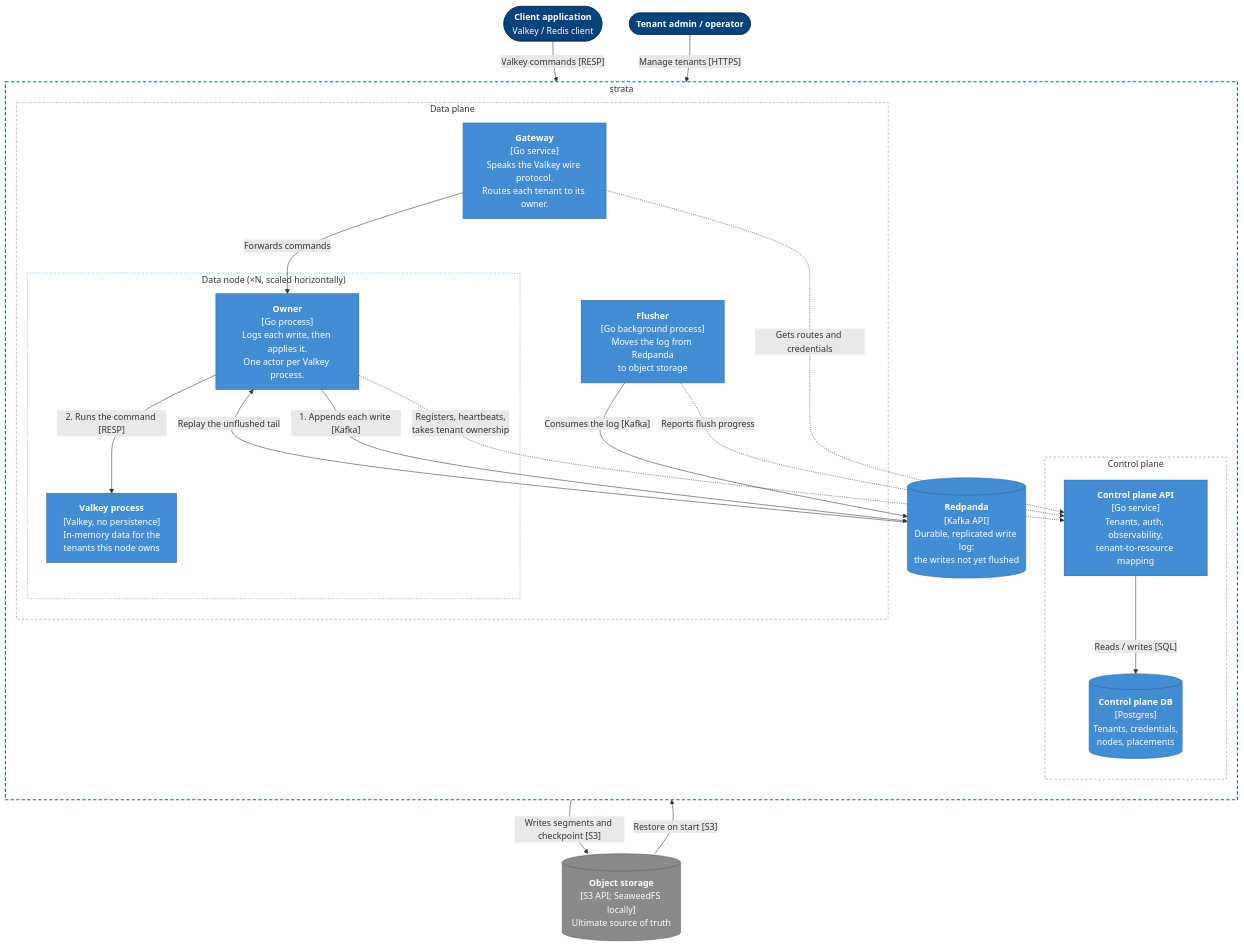
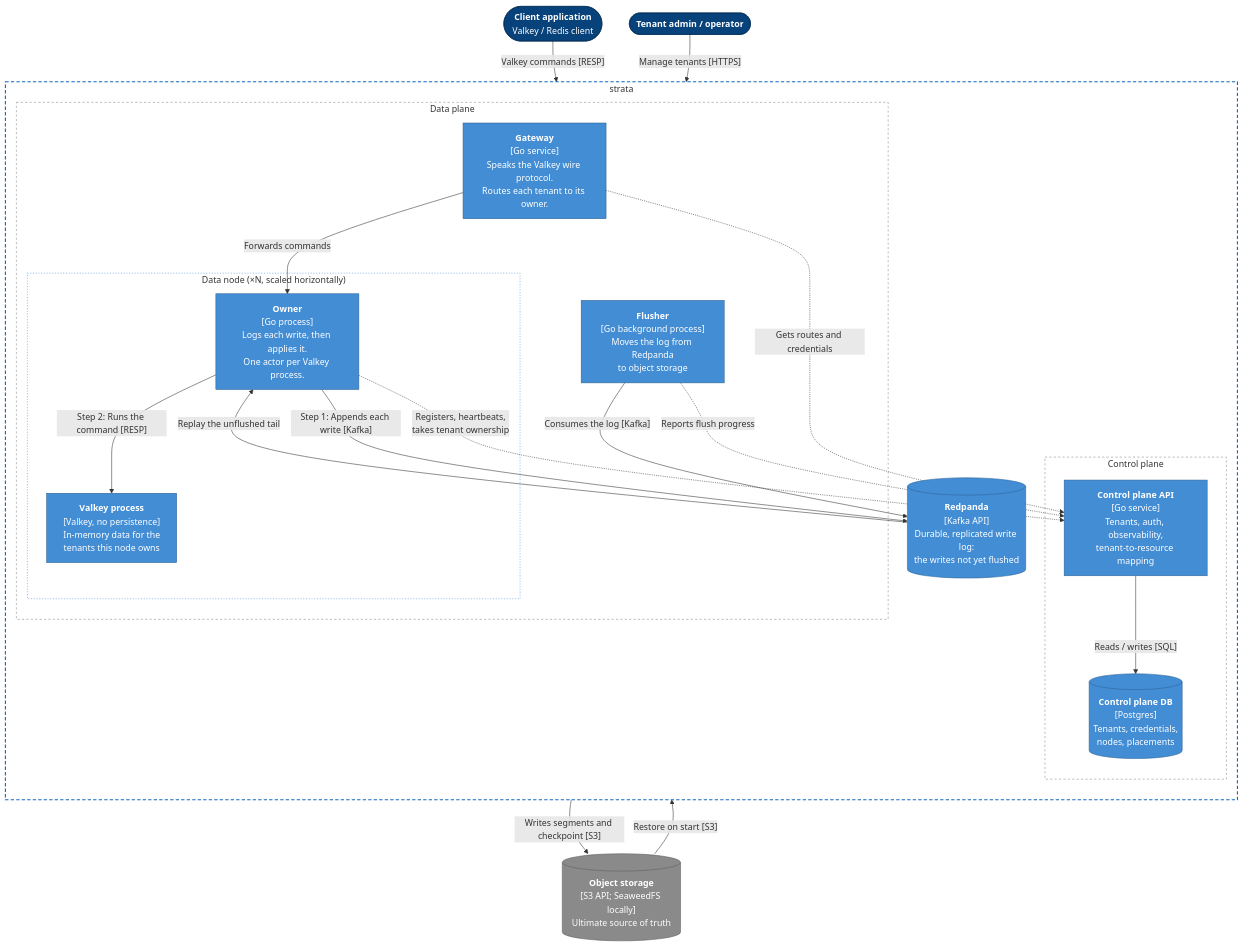
Before and after one commit to nickstrad/strata: the diagram in docs/diagrams/02-containers.md, drawn with Mermaid. The commit also changed 2 other files, not shown here.

Commit message:
Fix diagram edge labels that Mermaid read as lists
Labels starting with '1. ' / '2. ' rendered as 'Unsupported markdown: list'.
Reworded to 'Step 1: ' / 'Step 2: '.

````diff
--- a/docs/diagrams/02-containers.md
+++ b/docs/diagrams/02-containers.md
@@ -6,58 +6,58 @@
 ```mermaid
 flowchart TB
     client(["<b>Client application</b><br/>Valkey / Redis client"])
     admin(["<b>Tenant admin / operator</b>"])
 
     subgraph strata["strata"]
         direction TB
 
         subgraph cp["Control plane"]
             cpapi["<b>Control plane API</b><br/>[Go service]<br/>Tenants, auth, observability,<br/>tenant-to-resource mapping"]
             pg[("<b>Control plane DB</b><br/>[Postgres]<br/>Tenants, credentials,<br/>nodes, placements")]
         end
 
         subgraph dp["Data plane"]
             gw["<b>Gateway</b><br/>[Go service]<br/>Speaks the Valkey wire protocol.<br/>Routes each tenant to its owner."]
 
             subgraph node["Data node (×N, scaled horizontally)"]
                 owner["<b>Owner</b><br/>[Go process]<br/>Logs each write, then applies it.<br/>One actor per Valkey process."]
                 valkey["<b>Valkey process</b><br/>[Valkey, no persistence]<br/>In-memory data for the<br/>tenants this node owns"]
             end
 
             flusher["<b>Flusher</b><br/>[Go background process]<br/>Moves the log from Redpanda<br/>to object storage"]
         end
 
         rp[("<b>Redpanda</b><br/>[Kafka API]<br/>Durable, replicated write log:<br/>the writes not yet flushed")]
     end
 
     obj[("<b>Object storage</b><br/>[S3 API; SeaweedFS locally]<br/>Ultimate source of truth")]
 
     client -- "Valkey commands [RESP]" --> gw
     admin -- "Manage tenants [HTTPS]" --> cpapi
     cpapi -- "Reads / writes [SQL]" --> pg
 
     gw -- "Forwards commands" --> owner
-    owner -- "1. Appends each write [Kafka]" --> rp
-    owner -- "2. Runs the command [RESP]" --> valkey
+    owner -- "Step 1: Appends each write [Kafka]" --> rp
+    owner -- "Step 2: Runs the command [RESP]" --> valkey
     flusher -- "Consumes the log [Kafka]" --> rp
     flusher -- "Writes segments and checkpoint [S3]" --> obj
     obj -- "Restore on start [S3]" --> owner
     rp -- "Replay the unflushed tail" --> owner
 
     gw -. "Gets routes and credentials" .-> cpapi
     owner -. "Registers, heartbeats,<br/>takes tenant ownership" .-> cpapi
     flusher -. "Reports flush progress" .-> cpapi
 
     classDef person fill:#08427b,stroke:#052e56,color:#ffffff
     classDef container fill:#438dd5,stroke:#2e6295,color:#ffffff
     classDef store fill:#438dd5,stroke:#2e6295,color:#ffffff
     classDef external fill:#8a8a8a,stroke:#5f5f5f,color:#ffffff
     class client,admin person
     class cpapi,gw,owner,valkey,flusher container
     class pg,rp store
     class obj external
     style strata fill:none,stroke:#1168bd,stroke-width:2px,stroke-dasharray:6 4
     style cp fill:none,stroke:#888888,stroke-dasharray:4 4
     style dp fill:none,stroke:#888888,stroke-dasharray:4 4
     style node fill:none,stroke:#438dd5,stroke-dasharray:2 3
 ```
````
